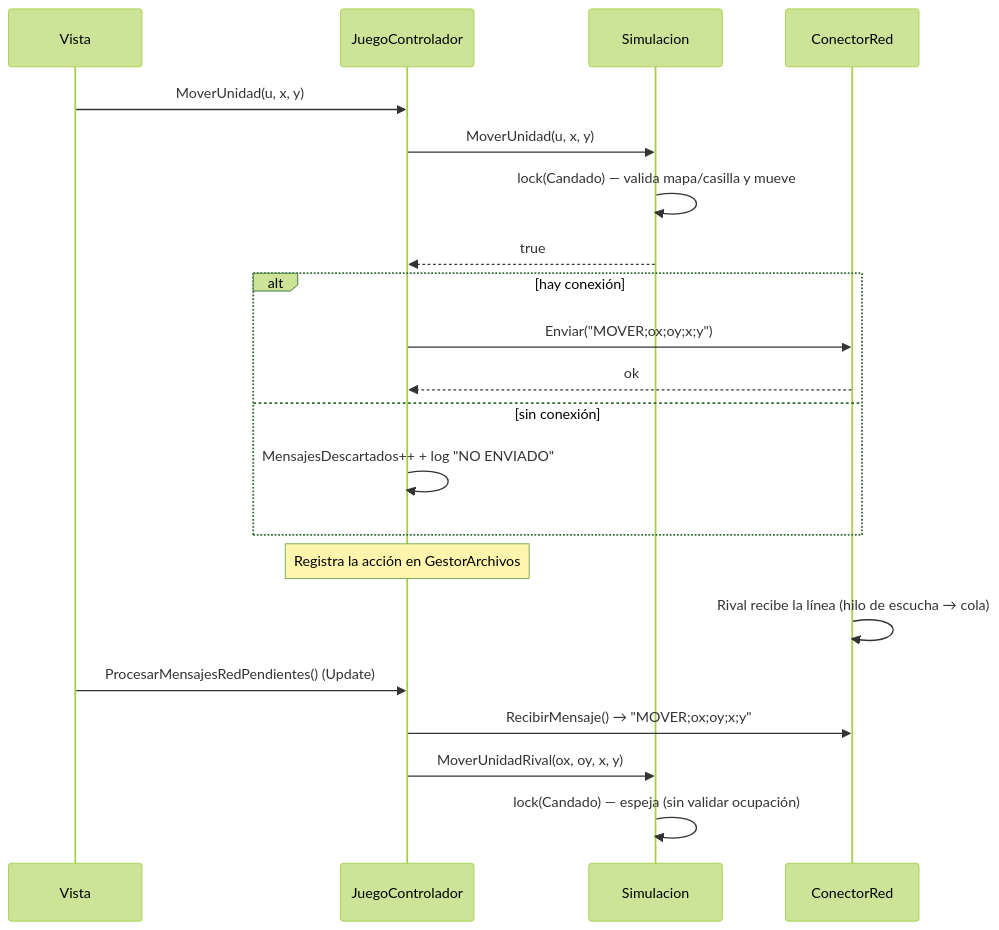
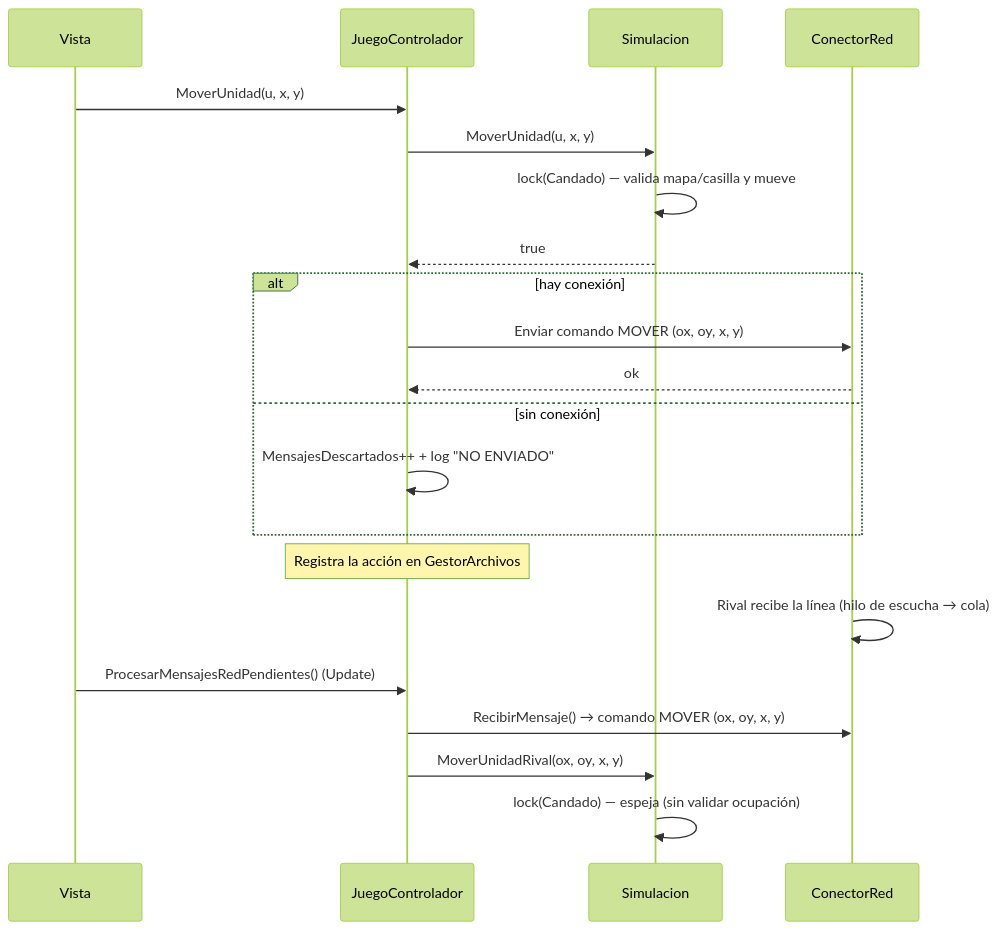
One commit to bardock7238/RTS-Academico changed the fourth of 10 diagrams in DOCUMENTACION.md. Above: the diagram before and after it, drawn with Mermaid (forest theme). The commit also changed other lines of this file, not shown here.

Commit message:
docs(proyecto): evitar entidades HTML en diagramas de secuencia

````diff
--- a/DOCUMENTACION.md
+++ b/DOCUMENTACION.md
@@ -420,25 +422,25 @@
 ```mermaid
 sequenceDiagram
     participant V as Vista
     participant C as JuegoControlador
     participant S as Simulacion
     participant CR as ConectorRed
 
     V->>C: MoverUnidad(u, x, y)
     C->>S: MoverUnidad(u, x, y)
     S->>S: lock(Candado) — valida mapa/casilla y mueve
     S-->>C: true
     alt hay conexión
-        C->>CR: Enviar("MOVER#59;ox#59;oy#59;x#59;y")
+        C->>CR: Enviar comando MOVER (ox, oy, x, y)
         CR-->>C: ok
     else sin conexión
         C->>C: MensajesDescartados++ + log "NO ENVIADO"
     end
     Note over C: Registra la acción en GestorArchivos
 
     CR->>CR: Rival recibe la línea (hilo de escucha → cola)
     V->>C: ProcesarMensajesRedPendientes() (Update)
-    C->>CR: RecibirMensaje() → "MOVER#59;ox#59;oy#59;x#59;y"
+    C->>CR: RecibirMensaje() → comando MOVER (ox, oy, x, y)
     C->>S: MoverUnidadRival(ox, oy, x, y)
     S->>S: lock(Candado) — espeja (sin validar ocupación)
 ```
````
